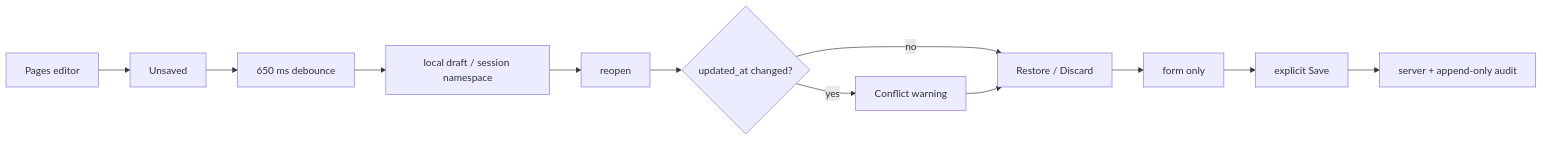
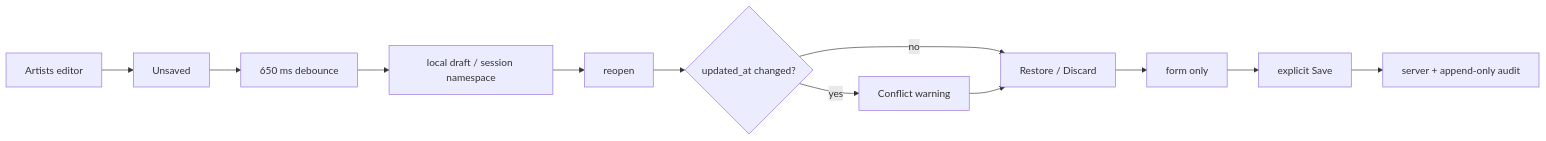
The diagram in README.md (pl0n3r/brvtal), drawn with Mermaid before and after one commit. The commit also changed other lines of this file and 5 other files, not shown here.

````diff
--- a/README.md
+++ b/README.md
@@ -45,14 +45,14 @@
 ```mermaid
 flowchart LR
-  P["Pages editor"] --> U["Unsaved"]
+  P["Artists editor"] --> U["Unsaved"]
   U --> D["650 ms debounce"]
   D --> L["local draft / session namespace"]
   L --> R["reopen"]
   R --> C{"updated_at changed?"}
   C -- no --> X["Restore / Discard"]
   C -- yes --> W["Conflict warning"]
   W --> X
   X --> F["form only"]
   F --> S["explicit Save"]
   S --> A["server + append-only audit"]
 ```
````
